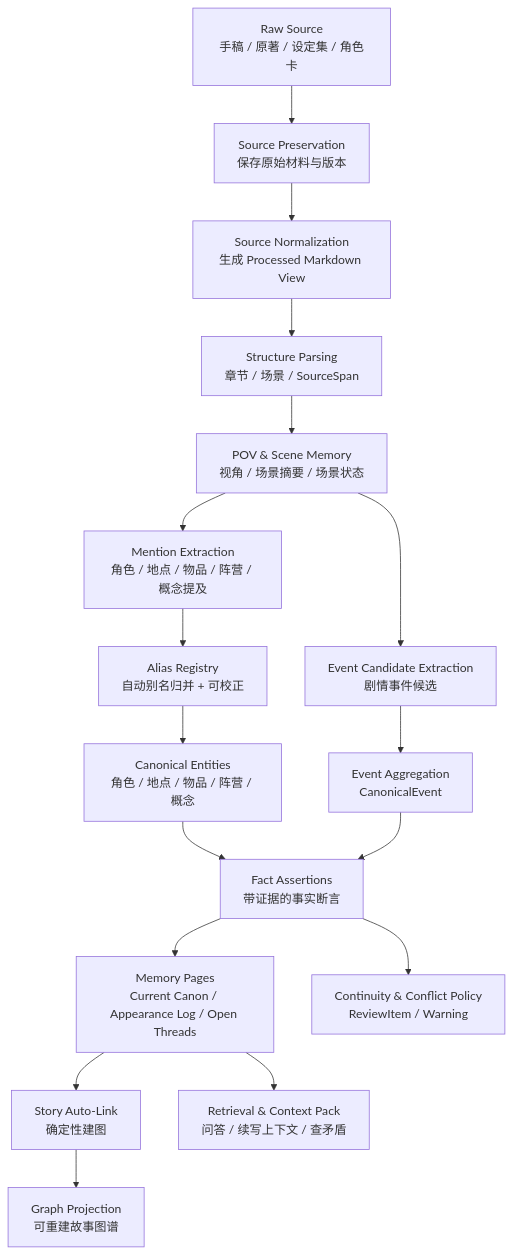
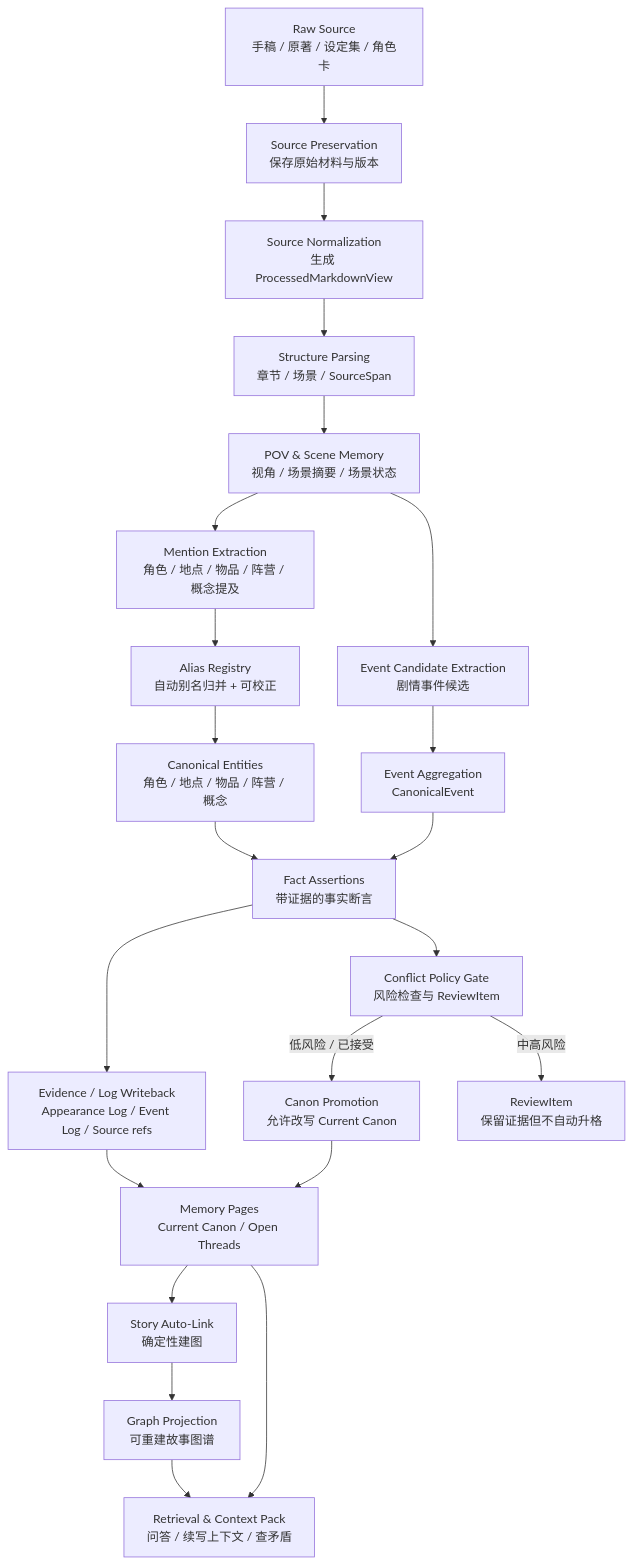
The diagram in GOAL.md (FrankQDWang/sextantlabs), drawn with Mermaid before and after one commit. The commit also changed other lines of this file, not shown here.

Commit message:
Align goal with canonical memory flow

````diff
--- a/GOAL.md
+++ b/GOAL.md
@@ -36,19 +37,24 @@
 ```mermaid
 flowchart TD
     A[Raw Source\n手稿 / 原著 / 设定集 / 角色卡] --> B[Source Preservation\n保存原始材料与版本]
-    B --> C[Source Normalization\n生成 Processed Markdown View]
+    B --> C[Source Normalization\n生成 ProcessedMarkdownView]
     C --> D[Structure Parsing\n章节 / 场景 / SourceSpan]
     D --> E[POV & Scene Memory\n视角 / 场景摘要 / 场景状态]
     E --> F[Mention Extraction\n角色 / 地点 / 物品 / 阵营 / 概念提及]
     F --> G[Alias Registry\n自动别名归并 + 可校正]
     G --> H[Canonical Entities\n角色 / 地点 / 物品 / 阵营 / 概念]
     E --> I[Event Candidate Extraction\n剧情事件候选]
     I --> J[Event Aggregation\nCanonicalEvent]
     H --> K[Fact Assertions\n带证据的事实断言]
     J --> K
-    K --> L[Memory Pages\nCurrent Canon / Appearance Log / Open Threads]
-    L --> M[Story Auto-Link\n确定性建图]
-    M --> N[Graph Projection\n可重建故事图谱]
-    L --> O[Retrieval & Context Pack\n问答 / 续写上下文 / 查矛盾]
-    K --> P[Continuity & Conflict Policy\nReviewItem / Warning]
+    K --> L[Evidence / Log Writeback\nAppearance Log / Event Log / Source refs]
+    K --> M[Conflict Policy Gate\n风险检查与 ReviewItem]
+    M -->|低风险 / 已接受| N[Canon Promotion\n允许改写 Current Canon]
+    M -->|中高风险| O[ReviewItem\n保留证据但不自动升格]
+    N --> P[Memory Pages\nCurrent Canon / Open Threads]
+    L --> P
+    P --> Q[Story Auto-Link\n确定性建图]
+    Q --> R[Graph Projection\n可重建故事图谱]
+    P --> S[Retrieval & Context Pack\n问答 / 续写上下文 / 查矛盾]
+    R --> S
 ```
````
